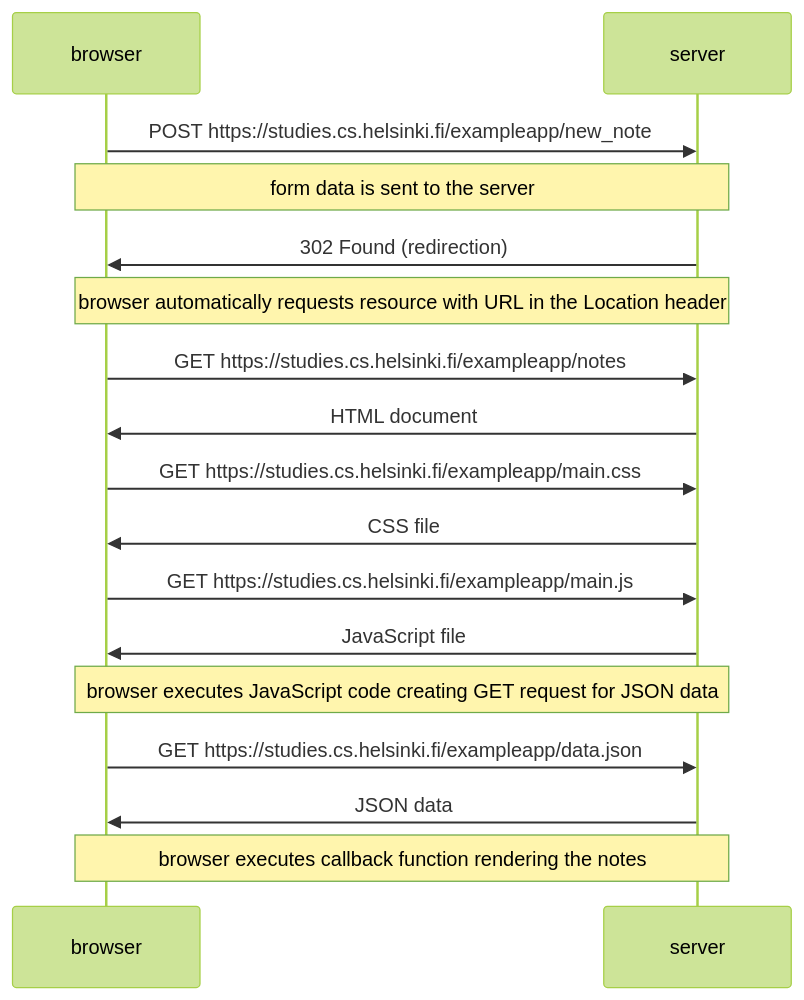
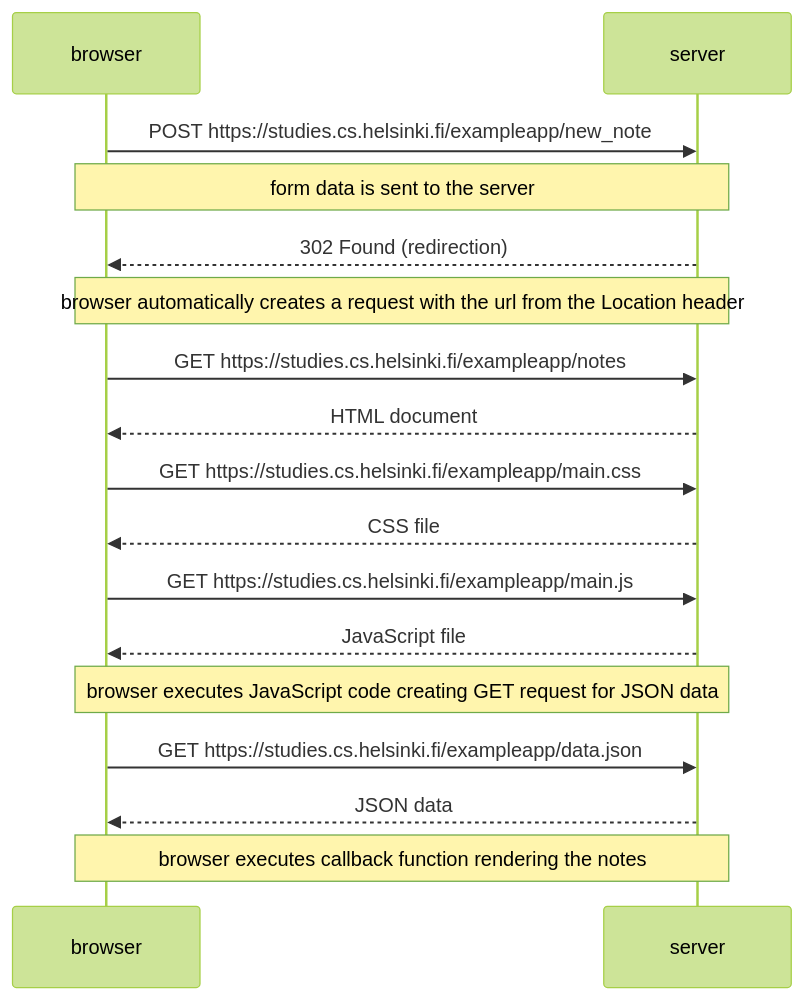
Before and after one commit to makelannika/full_stack_open: the diagram in part0/0.4.md, drawn with Mermaid (forest theme).

````diff
--- a/part0/0.4.md
+++ b/part0/0.4.md
@@ -1,28 +1,28 @@
 ```mermaid
 
 sequenceDiagram
     participant browser
     participant server
 
     browser->>server: POST https://studies.cs.helsinki.fi/exampleapp/new_note
 
     Note over browser, server: form data is sent to the server
 
-    server->>browser: 302 Found (redirection)
+    server-->>browser: 302 Found (redirection)
 
-    Note over browser, server: browser automatically requests resource with URL in the Location header
+    Note over browser, server: browser automatically creates a request with the url from the Location header
 
     browser->>server: GET https://studies.cs.helsinki.fi/exampleapp/notes
-    server->>browser: HTML document
+    server-->>browser: HTML document
     browser->>server: GET https://studies.cs.helsinki.fi/exampleapp/main.css
-    server->>browser: CSS file
+    server-->>browser: CSS file
     browser->>server: GET https://studies.cs.helsinki.fi/exampleapp/main.js
-    server->>browser: JavaScript file
+    server-->>browser: JavaScript file
 
     Note over browser, server: browser executes JavaScript code creating GET request for JSON data
 
     browser->>server: GET https://studies.cs.helsinki.fi/exampleapp/data.json
-    server->>browser: JSON data
+    server-->>browser: JSON data
 
     Note over browser, server: browser executes callback function rendering the notes
 ```
````
